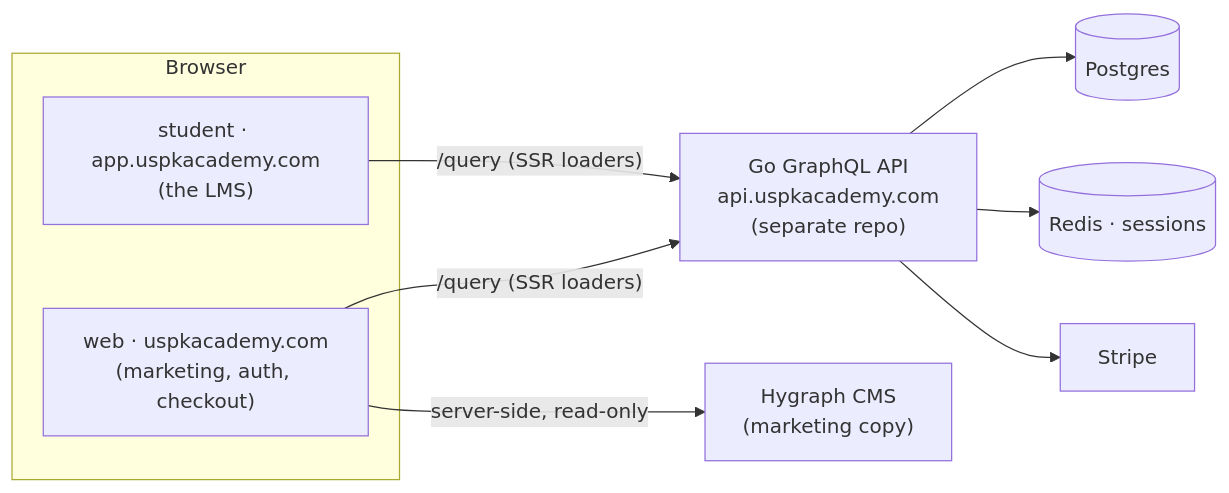
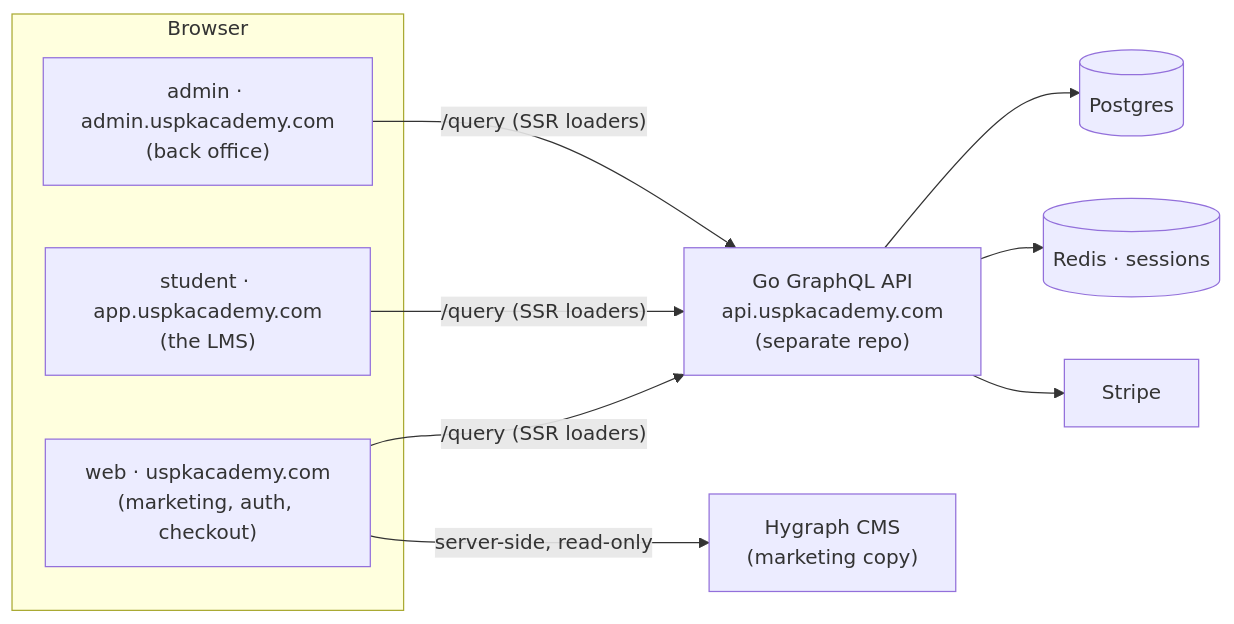
One commit to uspk-mx/academy changed the diagram in README.md. Above: the diagram before and after it, drawn with Mermaid. The commit also changed other lines of this file and 100 other files, not shown here.

````diff
--- a/README.md
+++ b/README.md
@@ -13,19 +13,21 @@
 ```mermaid
 flowchart LR
   subgraph Browser
     W["web · uspkacademy.com<br/>(marketing, auth, checkout)"]
     S["student · app.uspkacademy.com<br/>(the LMS)"]
+    A["admin · admin.uspkacademy.com<br/>(back office)"]
   end
   API["Go GraphQL API<br/>api.uspkacademy.com<br/>(separate repo)"]
   HG["Hygraph CMS<br/>(marketing copy)"]
   PG[("Postgres")]
   RD[("Redis · sessions")]
   ST["Stripe"]
 
   W -->|"/query (SSR loaders)"| API
   S -->|"/query (SSR loaders)"| API
+  A -->|"/query (SSR loaders)"| API
   W -->|"server-side, read-only"| HG
   API --> PG
   API --> RD
   API --> ST
 ```
````
